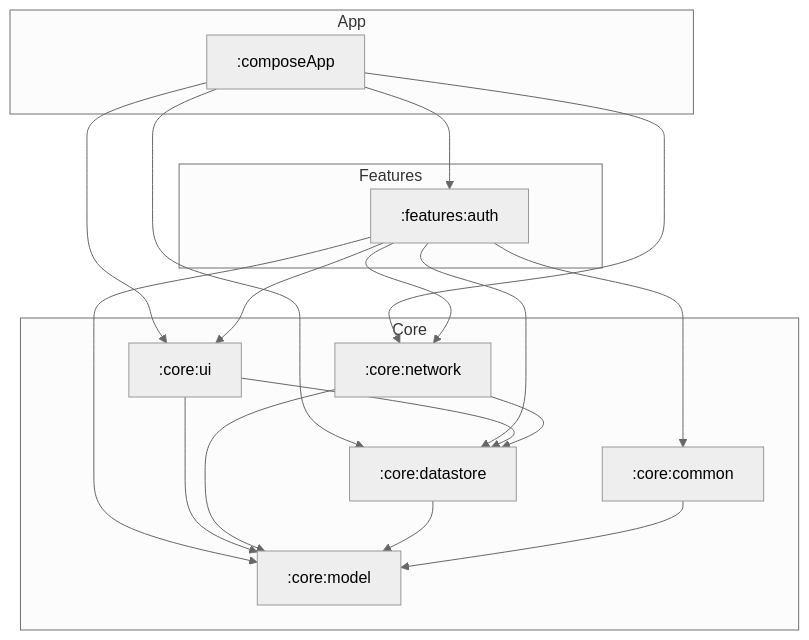
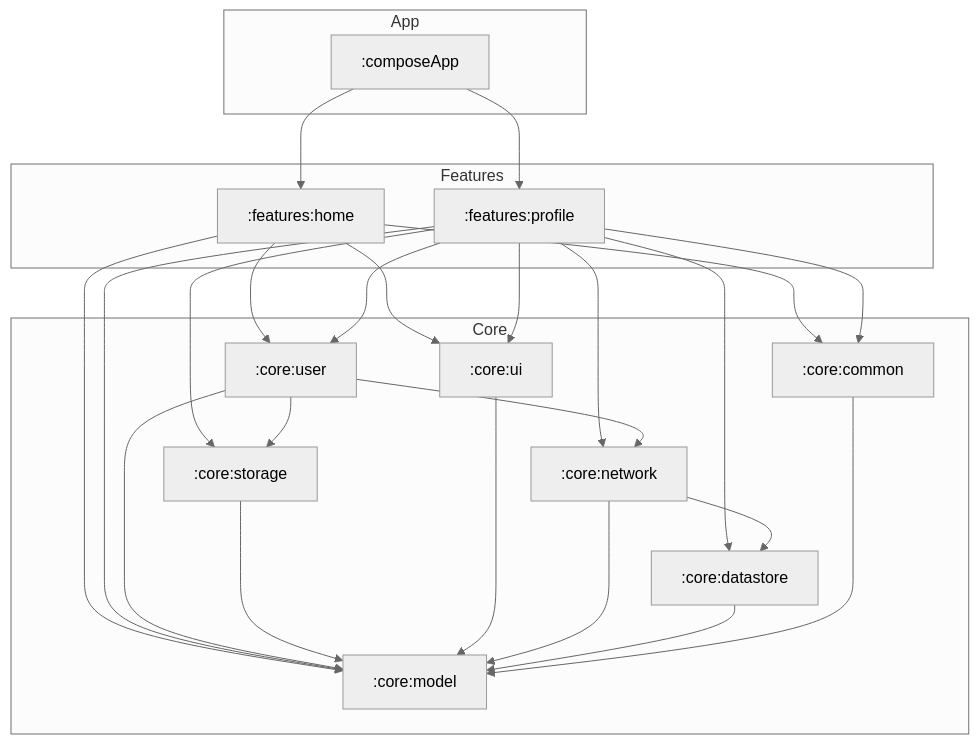
One commit to iolandarosa7/retail-hub changed the diagram in README.md. Above: the diagram before and after it, drawn with Mermaid (neutral theme). The commit also changed other lines of this file and 2 other files, not shown here.

````diff
--- a/README.md
+++ b/README.md
@@ -23,36 +25,48 @@
 ```mermaid
 flowchart TD
     subgraph App
         composeApp[":composeApp"]
     end
 
     subgraph Features
-        auth[":features:auth"]
+        home[":features:home"]
+        profile[":features:profile"]
     end
 
     subgraph Core
         ui[":core:ui"]
+        user[":core:user"]
+        storage[":core:storage"]
         network[":core:network"]
         datastore[":core:datastore"]
         common[":core:common"]
         model[":core:model"]
     end
 
-    composeApp --> auth
-    composeApp --> ui
-    composeApp --> network
-    composeApp --> datastore
+    composeApp --> home
+    composeApp --> profile
 
-    auth --> ui
-    auth --> network
-    auth --> datastore
-    auth --> common
-    auth --> model
+    home --> ui
+    home --> user
+    home --> common
+    home --> model
 
+    profile --> ui
+    profile --> user
+    profile --> storage
+    profile --> network
+    profile --> datastore
+    profile --> common
+    profile --> model
+
+    user --> network
+    user --> storage
+    user --> model
+
+    storage --> model
     ui --> model
-    ui --> datastore
+    network --> datastore
     network --> model
-    network --> datastore
     datastore --> model
     common --> model
 ```
````
